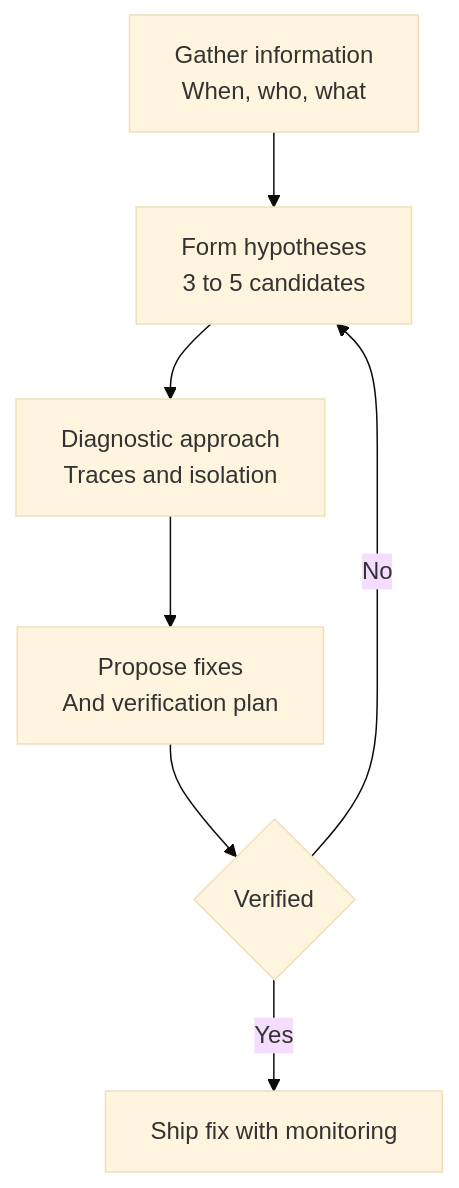
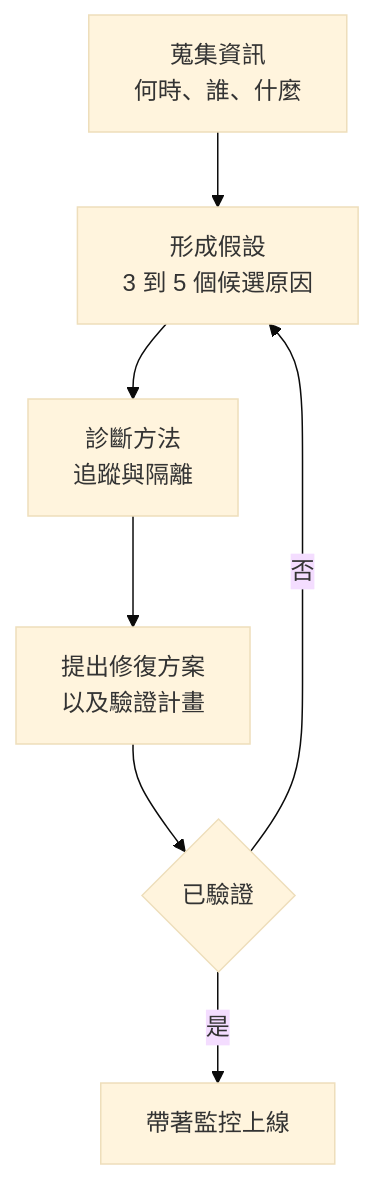
The second of 2 diagrams in 00-interview-prep/02-answer-frameworks.md (SidStraw/ai-system-design-guide), drawn with Mermaid (base theme) before and after one commit. The commit also changed other lines of this file and 83 other files, not shown here.

````diff
--- a/00-interview-prep/02-answer-frameworks.md
+++ b/00-interview-prep/02-answer-frameworks.md
@@ -268,9 +286,9 @@
 ```mermaid
 flowchart TD
-    A[Gather information<br/>When, who, what] --> B[Form hypotheses<br/>3 to 5 candidates]
-    B --> C[Diagnostic approach<br/>Traces and isolation]
-    C --> D[Propose fixes<br/>And verification plan]
-    D --> E{Verified}
-    E -->|No| B
-    E -->|Yes| F[Ship fix with monitoring]
+    A[蒐集資訊<br/>何時、誰、什麼] --> B[形成假設<br/>3 到 5 個候選原因]
+    B --> C[診斷方法<br/>追蹤與隔離]
+    C --> D[提出修復方案<br/>以及驗證計畫]
+    D --> E{已驗證}
+    E -->|否| B
+    E -->|是| F[帶著監控上線]
 ```
````
